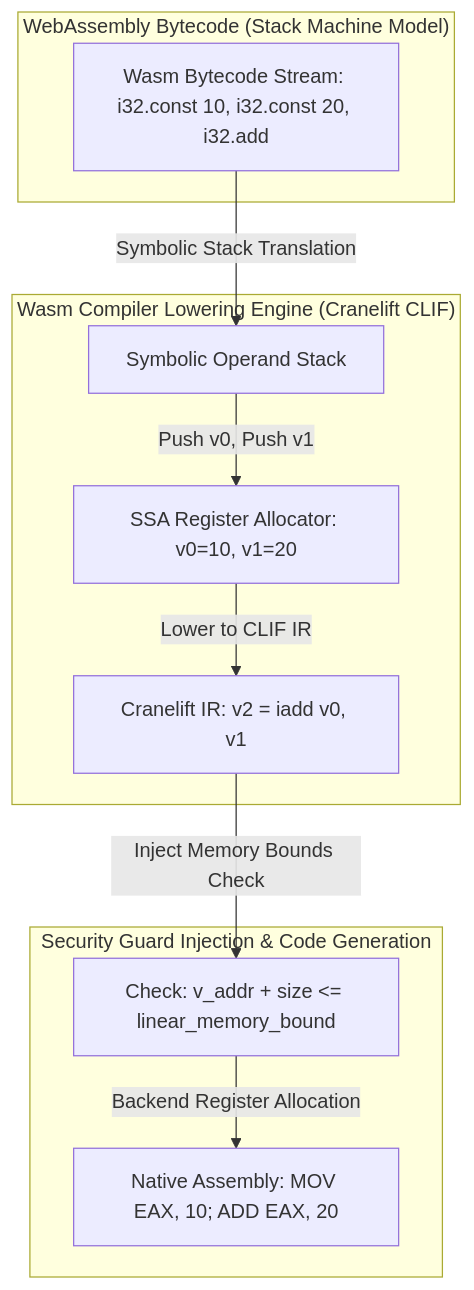
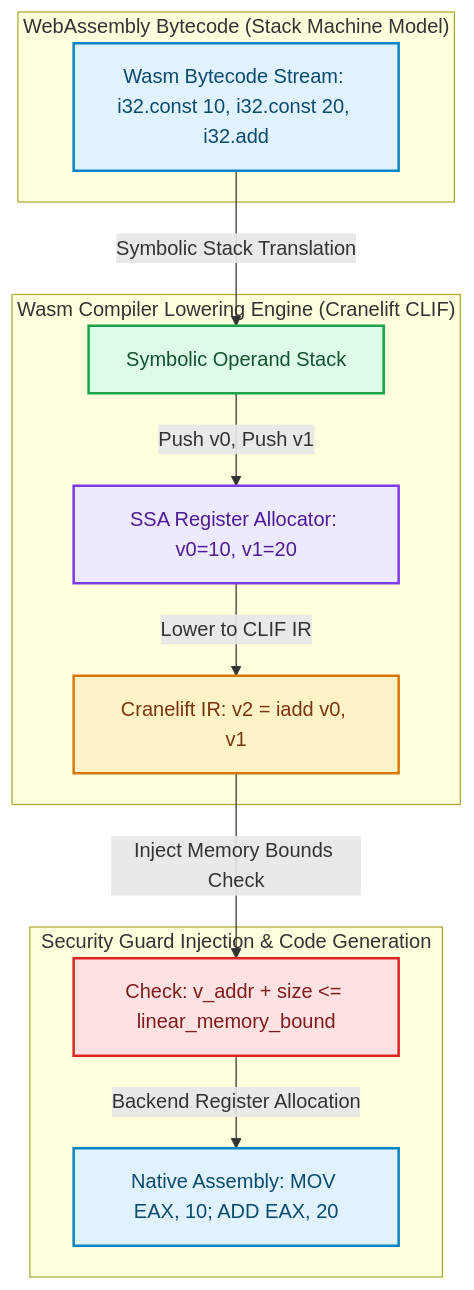
The diagram in blog/posts/webassembly-compiler-lowering-llvm-cranelift-code-generation.md (akmalkhaniub/akmalkhaniub.github.io), drawn with Mermaid before and after one commit. The commit also changed other lines of this file and 1291 other files, not shown here.

First line of the commit message:
feat(catalog): unique covers, scholarly references, and diagram palettes

````diff
--- a/blog/posts/webassembly-compiler-lowering-llvm-cranelift-code-generation.md
+++ b/blog/posts/webassembly-compiler-lowering-llvm-cranelift-code-generation.md
@@ -19,17 +19,28 @@
 ```mermaid
 flowchart TD
   subgraph SG1_WebassemblyBytecodeStack ["WebAssembly Bytecode (Stack Machine Model)"]
     WasmBytecode["Wasm Bytecode Stream: i32.const 10, i32.const 20, i32.add"]
   end
   
   subgraph SG2_WasmCompilerLowering ["Wasm Compiler Lowering Engine (Cranelift CLIF)"]
-    WasmBytecode -->|Symbolic Stack Translation| StackMapper[Symbolic Operand Stack]
-    StackMapper -->|Push v0, Push v1| SSABlocks[SSA Register Allocator: v0=10, v1=20]
-    SSABlocks -->|Lower to CLIF IR| CLIF[Cranelift IR: v2 = iadd v0, v1]
+    WasmBytecode -->|Symbolic Stack Translation| StackMapper["Symbolic Operand Stack"]
+    StackMapper -->|Push v0, Push v1| SSABlocks["SSA Register Allocator: v0=10, v1=20"]
+    SSABlocks -->|Lower to CLIF IR| CLIF["Cranelift IR: v2 = iadd v0, v1"]
   end
   
   subgraph SG3_SecurityGuardInjection ["Security Guard Injection & Code Generation"]
-    CLIF -->|Inject Memory Bounds Check| BoundsCheck[Check: v_addr + size <= linear_memory_bound]
+    CLIF -->|Inject Memory Bounds Check| BoundsCheck["Check: v_addr + size <= linear_memory_bound"]
     BoundsCheck -->|Backend Register Allocation| NativeASM["Native Assembly: MOV EAX, 10; ADD EAX, 20"]
   end
+
+classDef green fill:#dcfce7,stroke:#16a34a,stroke-width:2px,color:#14532d;
+classDef red fill:#fee2e2,stroke:#dc2626,stroke-width:2px,color:#7f1d1d;
+classDef blue fill:#e0f2fe,stroke:#0284c7,stroke-width:2px,color:#0c4a6e;
+classDef yellow fill:#fef3c7,stroke:#d97706,stroke-width:2px,color:#78350f;
+classDef purple fill:#ede9fe,stroke:#7c3aed,stroke-width:2px,color:#4c1d95;
+class WasmBytecode,NativeASM blue
+class StackMapper green
+class SSABlocks purple
+class CLIF yellow
+class BoundsCheck red
 ```
````
